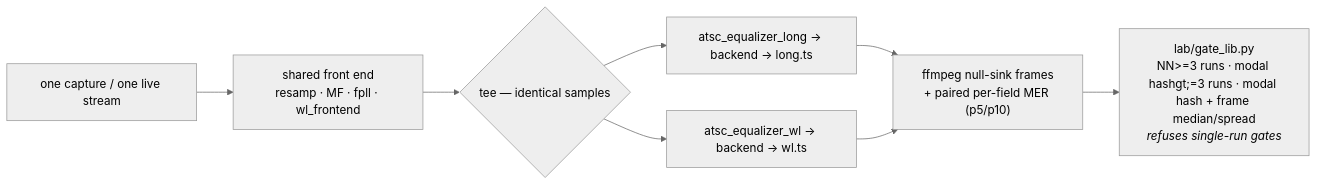
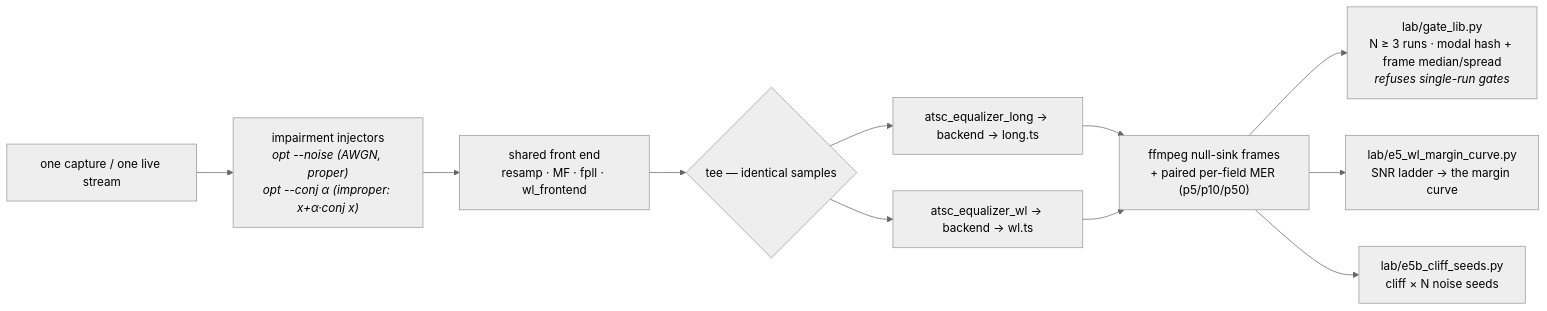
Before and after one commit to Felbs/Software-TV-Tuner: the third of 3 diagrams in ARCHITECTURE.md, drawn with Mermaid (neutral theme). The commit also changed other lines of this file and 15 other files, not shown here.

````diff
--- a/ARCHITECTURE.md
+++ b/ARCHITECTURE.md
@@ -264,10 +264,13 @@
 ```mermaid
 flowchart LR
-  IQ["one capture / one live stream"] --> FRONT["shared front end<br/>resamp · MF · fpll · wl_frontend"]
+  IQ["one capture / one live stream"] --> IMP["impairment injectors<br/><i>opt --noise (AWGN, proper)</i><br/><i>opt --conj α (improper: x+α·conj x)</i>"]
+  IMP --> FRONT["shared front end<br/>resamp · MF · fpll · wl_frontend"]
   FRONT --> TEE{"tee — identical samples"}
   TEE --> L["atsc_equalizer_long → backend → long.ts"]
   TEE --> W["atsc_equalizer_wl → backend → wl.ts"]
-  L --> SC["ffmpeg null-sink frames<br/>+ paired per-field MER (p5/p10)"]
+  L --> SC["ffmpeg null-sink frames<br/>+ paired per-field MER (p5/p10/p50)"]
   W --> SC
-  SC --> GATE["lab/gate_lib.py<br/>NN>=3 runs · modal hashgt;=3 runs · modal hash + frame median/spread<br/><i>refuses single-run gates</i>"]
+  SC --> GATE["lab/gate_lib.py<br/>N ≥ 3 runs · modal hash + frame median/spread<br/><i>refuses single-run gates</i>"]
+  SC --> CURVE["lab/e5_wl_margin_curve.py<br/>SNR ladder → the margin curve"]
+  SC --> SEEDS["lab/e5b_cliff_seeds.py<br/>cliff × N noise seeds"]
 ```
````
